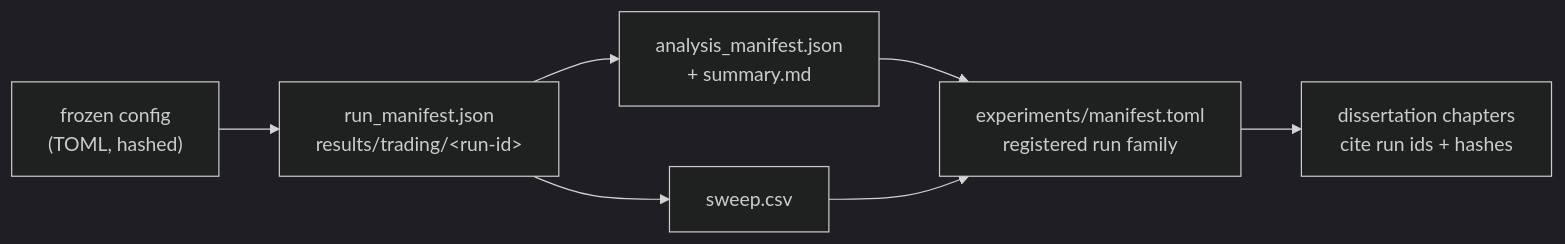
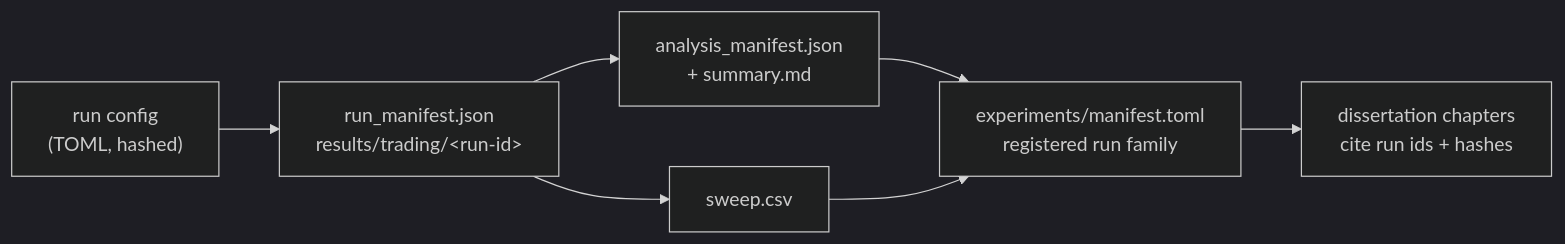
Before and after one commit to PeterLP123/Sentiment_Dissertation: the fifth of 5 diagrams in docs/trading_pipeline.md, drawn with Mermaid (dark theme). The commit also changed other lines of this file and 12 other files, not shown here.

````diff
--- a/docs/trading_pipeline.md
+++ b/docs/trading_pipeline.md
@@ -214,9 +214,9 @@
 ```mermaid
 flowchart LR
-    C["frozen config<br/>(TOML, hashed)"] --> R["run_manifest.json<br/>results/trading/&lt;run-id&gt;"]
+    C["run config<br/>(TOML, hashed)"] --> R["run_manifest.json<br/>results/trading/&lt;run-id&gt;"]
     R --> A["analysis_manifest.json<br/>+ summary.md"]
     R --> S["sweep.csv"]
     A --> E["experiments/manifest.toml<br/>registered run family"]
     S --> E
     E --> D["dissertation chapters<br/>cite run ids + hashes"]
 ```
````
